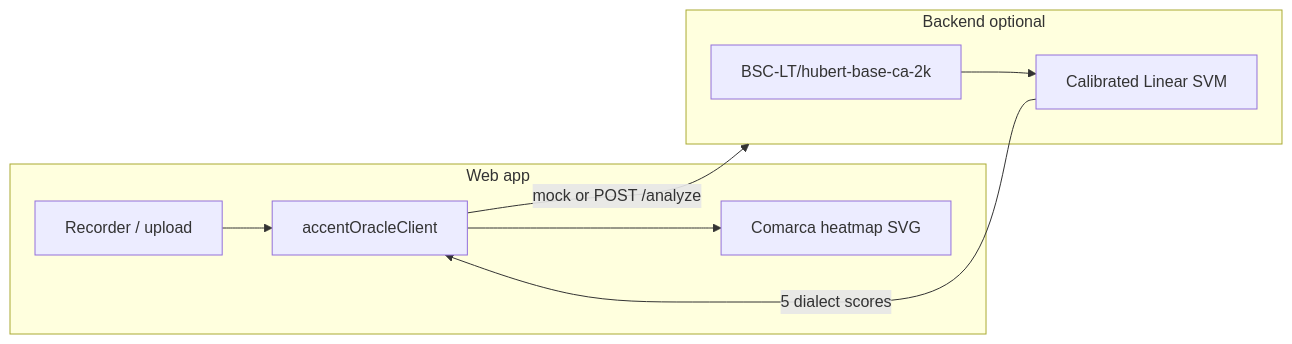
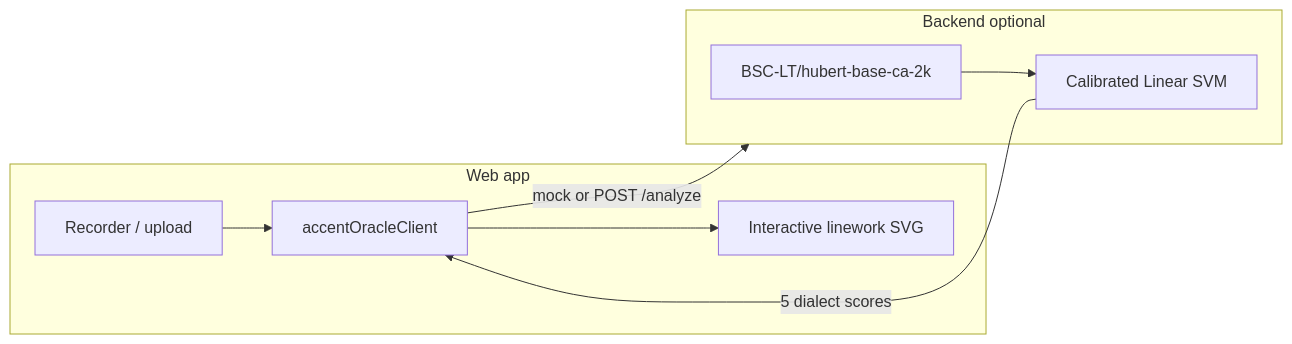
The diagram in README.md (miquelt9/accents-cat), drawn with Mermaid before and after one commit. The commit also changed other lines of this file and 32 other files, not shown here.

````diff
--- a/README.md
+++ b/README.md
@@ -62,18 +71,18 @@
 ```mermaid
 flowchart LR
   subgraph web [Web app]
     Rec[Recorder / upload]
-    Map[Comarca heatmap SVG]
+    Map[Interactive linework SVG]
     Rec --> Client[accentOracleClient]
     Client --> Map
   end
 
   subgraph api [Backend optional]
     HuBERT[BSC-LT/hubert-base-ca-2k]
     SVM[Calibrated Linear SVM]
     HuBERT --> SVM
   end
 
   Client -->|mock or POST /analyze| api
   SVM -->|5 dialect scores| Client
 ```
````
